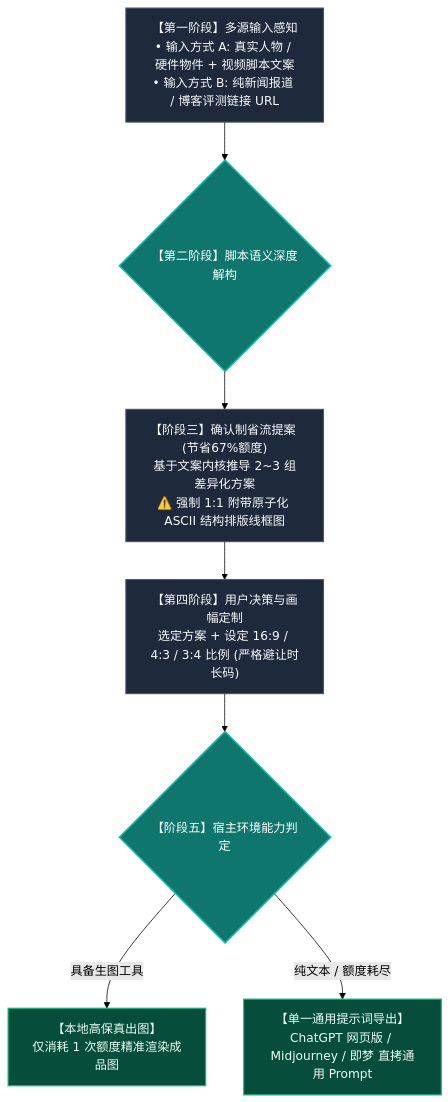
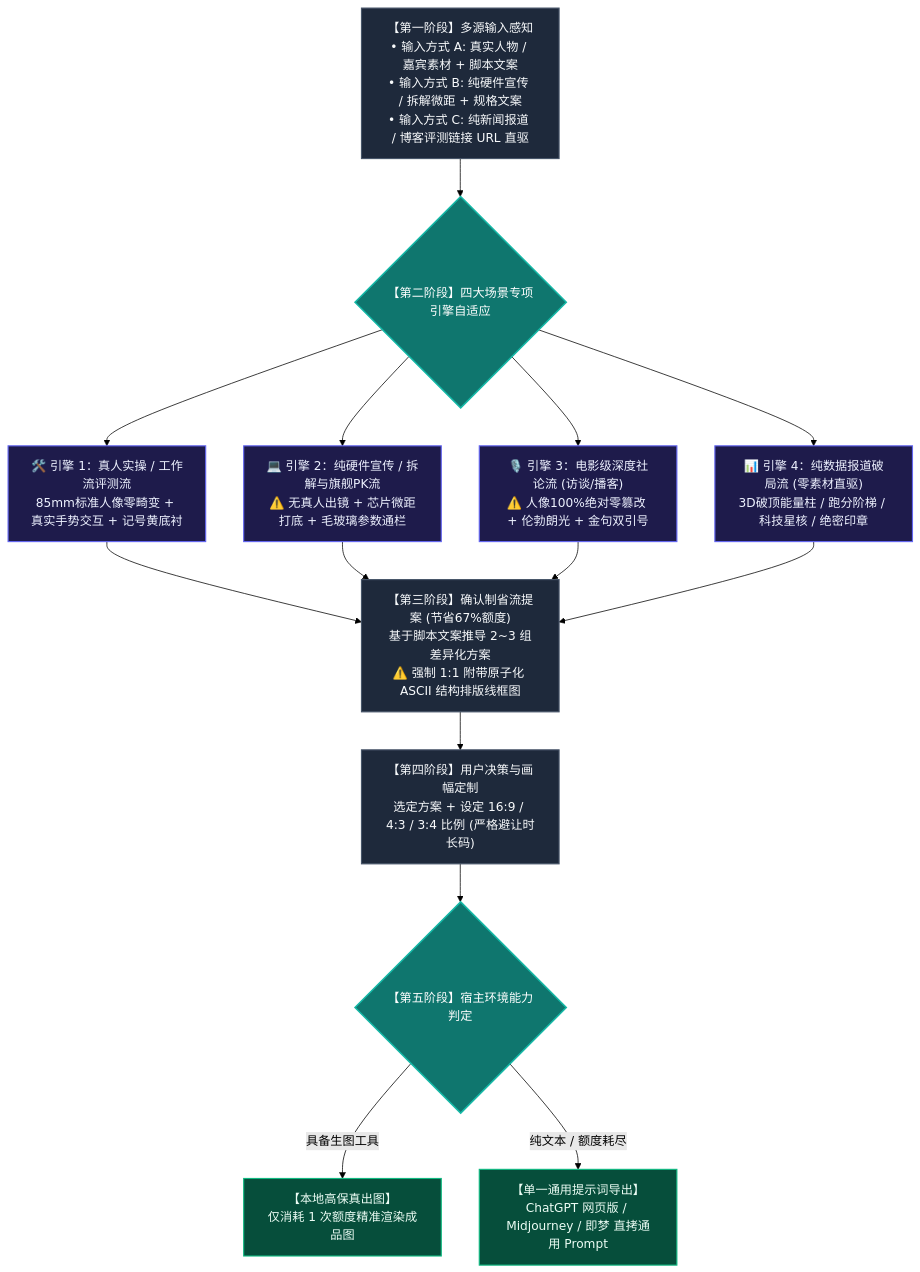
One commit to XuBeiYou408/video-cover-designer changed the diagram in README.md. Above: the diagram before and after it, drawn with Mermaid (forest theme). The commit also changed other lines of this file and 1 other file, not shown here.

Commit message:
fix(architecture): restore explicit 4-scenario engines (hardware, interview, data, presenter) with organic adaptation

````diff
--- a/README.md
+++ b/README.md
@@ -32,21 +34,31 @@
 ```mermaid
 flowchart TD
-    A["【第一阶段】多源输入感知<br>• 输入方式 A: 真实人物 / 硬件物件 + 视频脚本文案<br>• 输入方式 B: 纯新闻报道 / 博客评测链接 URL"]
-    --> B{"【第二阶段】脚本语义深度解构"}
+    A["【第一阶段】多源输入感知<br>• 输入方式 A: 真实人物 / 嘉宾素材 + 脚本文案<br>• 输入方式 B: 纯硬件宣传 / 拆解微距 + 规格文案<br>• 输入方式 C: 纯新闻报道 / 博客评测链接 URL 直驱"]
+    --> B{"【第二阶段】四大场景专项引擎自适应"}
 
-    B --> C["【阶段三】确认制省流提案 (节省67%额度)<br>基于文案内核推导 2~3 组差异化方案<br>⚠️ 强制 1:1 附带原子化 ASCII 结构排版线框图"]
+    B --> C1["🛠️ 引擎 1：真人实操 / 工作流评测流<br>85mm标准人像零畸变 + 真实手势交互 + 记号黄底衬"]
+    B --> C2["💻 引擎 2：纯硬件宣传 / 拆解与旗舰PK流<br>⚠️ 无真人出镜 + 芯片微距打底 + 毛玻璃参数通栏"]
+    B --> C3["🎙️ 引擎 3：电影级深度社论流 (访谈/播客)<br>⚠️ 人像100%绝对零篡改 + 伦勃朗光 + 金句双引号"]
+    B --> C4["📊 引擎 4：纯数据报道破局流 (零素材直驱)<br>3D破顶能量柱 / 跑分阶梯 / 科技星核 / 绝密印章"]
 
-    C --> D["【第四阶段】用户决策与画幅定制<br>选定方案 + 设定 16:9 / 4:3 / 3:4 比例 (严格避让时长码)"]
+    C1 --> D["【第三阶段】确认制省流提案 (节省67%额度)<br>基于脚本文案推导 2~3 组差异化方案<br>⚠️ 强制 1:1 附带原子化 ASCII 结构排版线框图"]
+    C2 --> D
+    C3 --> D
+    C4 --> D
 
-    D --> E{"【阶段五】宿主环境能力判定"}
-    E -->|具备生图工具| F["【本地高保真出图】<br>仅消耗 1 次额度精准渲染成品图"]
-    E -->|纯文本 / 额度耗尽| G["【单一通用提示词导出】<br>ChatGPT 网页版 / Midjourney / 即梦 直拷通用 Prompt"]
+    D --> E["【第四阶段】用户决策与画幅定制<br>选定方案 + 设定 16:9 / 4:3 / 3:4 比例 (严格避让时长码)"]
+
+    E --> F{"【第五阶段】宿主环境能力判定"}
+    F -->|具备生图工具| G["【本地高保真出图】<br>仅消耗 1 次额度精准渲染成品图"]
+    F -->|纯文本 / 额度耗尽| H["【单一通用提示词导出】<br>ChatGPT 网页版 / Midjourney / 即梦 直拷通用 Prompt"]
 
     classDef stage fill:#1E293B,stroke:#475569,color:#F8FAFC,stroke-width:1.5px;
     classDef decision fill:#0F766E,stroke:#14B8A6,color:#FFFFFF,stroke-width:2px;
+    classDef engine fill:#1E1B4B,stroke:#6366F1,color:#EEF2FF,stroke-width:1.5px;
     classDef output fill:#064E3B,stroke:#10B981,color:#ECFDF5,stroke-width:1.5px;
 
-    class A,C,D stage;
-    class B,E decision;
-    class F,G output;
+    class A,D,E stage;
+    class B,F decision;
+    class C1,C2,C3,C4 engine;
+    class G,H output;
 ```
````
